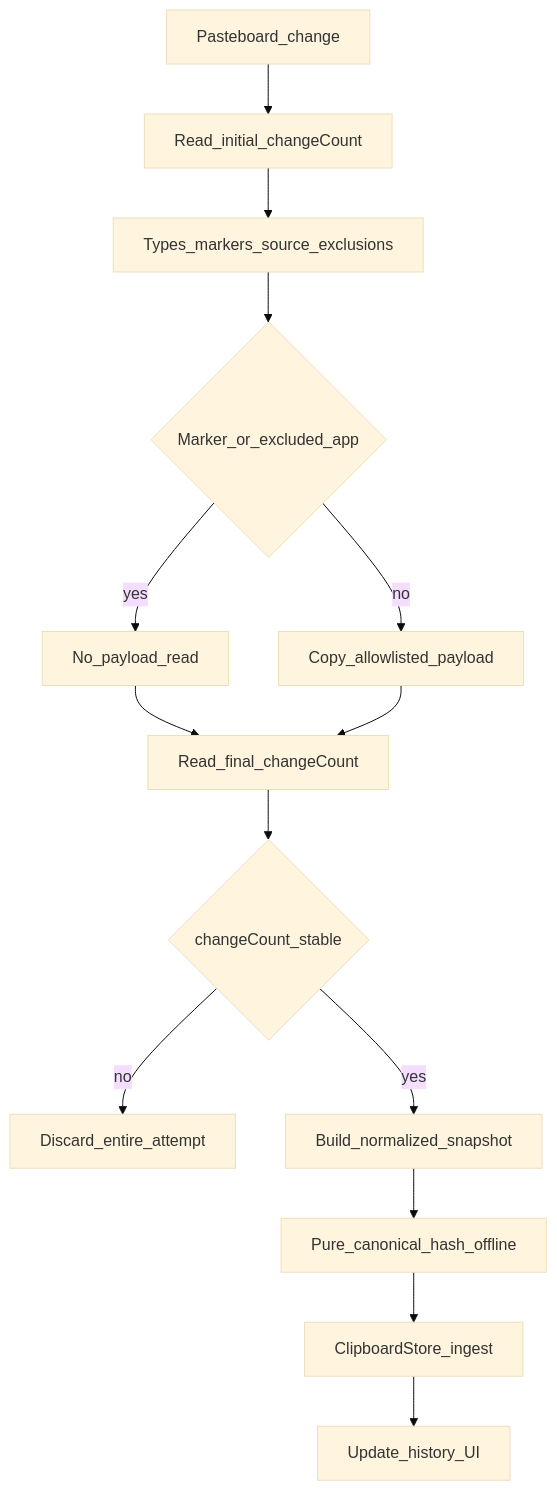
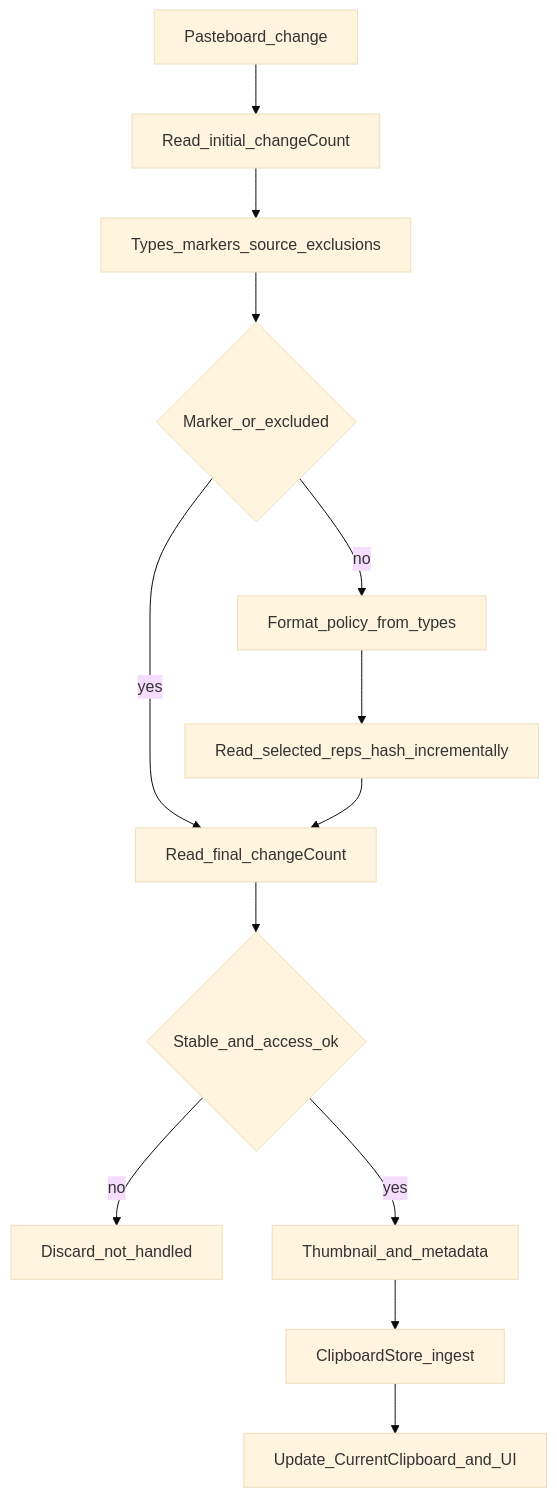
The first of 2 diagrams in docs/PLAN.md (dan-leech/memopila), drawn with Mermaid (base theme) before and after one commit. The commit also changed other lines of this file, not shown here.

First line of the commit message:
Revise v1 plan after review: macOS 27 access, RAM budgets, Pasta parity, editing

````diff
--- a/docs/PLAN.md
+++ b/docs/PLAN.md
@@ -548,22 +408,21 @@
 ```mermaid
 flowchart TD
   change[Pasteboard_change]
   beginGuard[Read_initial_changeCount]
   markers[Types_markers_source_exclusions]
-  skip{Marker_or_excluded_app}
-  copyPayload[Copy_allowlisted_payload]
+  skip{Marker_or_excluded}
+  policy[Format_policy_from_types]
+  copyPayload[Read_selected_reps_hash_incrementally]
   endGuard[Read_final_changeCount]
-  stable{changeCount_stable}
-  discard[Discard_entire_attempt]
-  skipPayload[No_payload_read]
-  snap[Build_normalized_snapshot]
-  hash[Pure_canonical_hash_offline]
+  stable{Stable_and_access_ok}
+  discard[Discard_not_handled]
+  thumb[Thumbnail_and_metadata]
   store[ClipboardStore_ingest]
-  ui[Update_history_UI]
+  current[Update_CurrentClipboard_and_UI]
   change --> beginGuard --> markers --> skip
-  skip -->|yes| skipPayload --> endGuard
-  skip -->|no| copyPayload --> endGuard
+  skip -->|yes| endGuard
+  skip -->|no| policy --> copyPayload --> endGuard
   endGuard --> stable
   stable -->|no| discard
-  stable -->|yes| snap --> hash --> store --> ui
+  stable -->|yes| thumb --> store --> current
 ```
````
